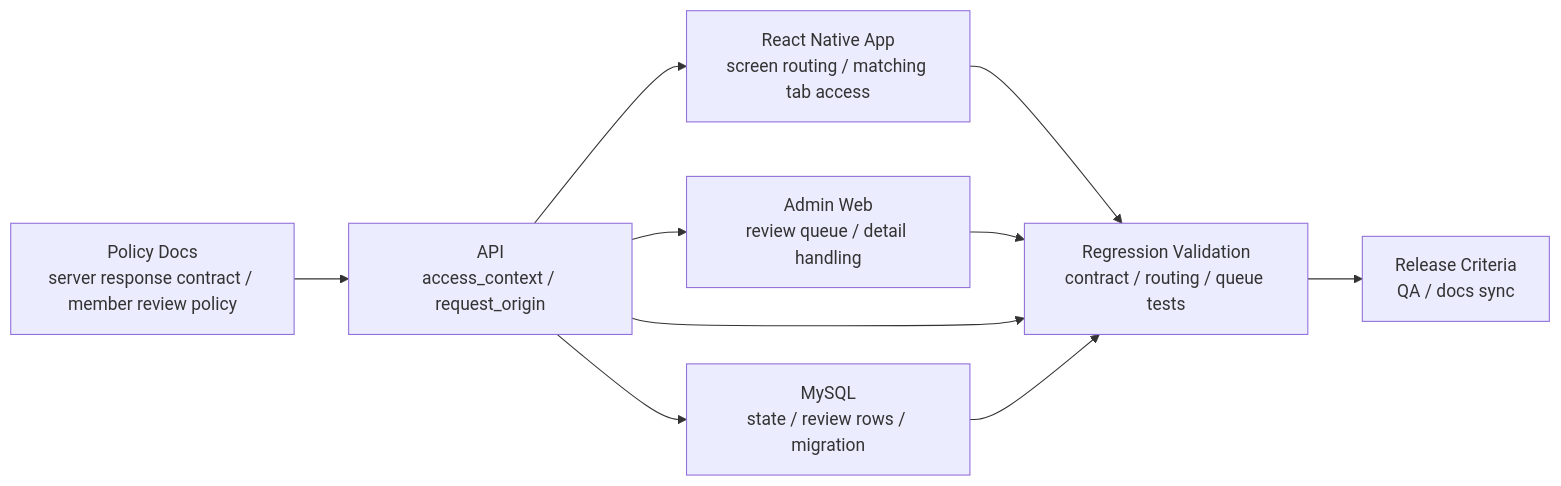
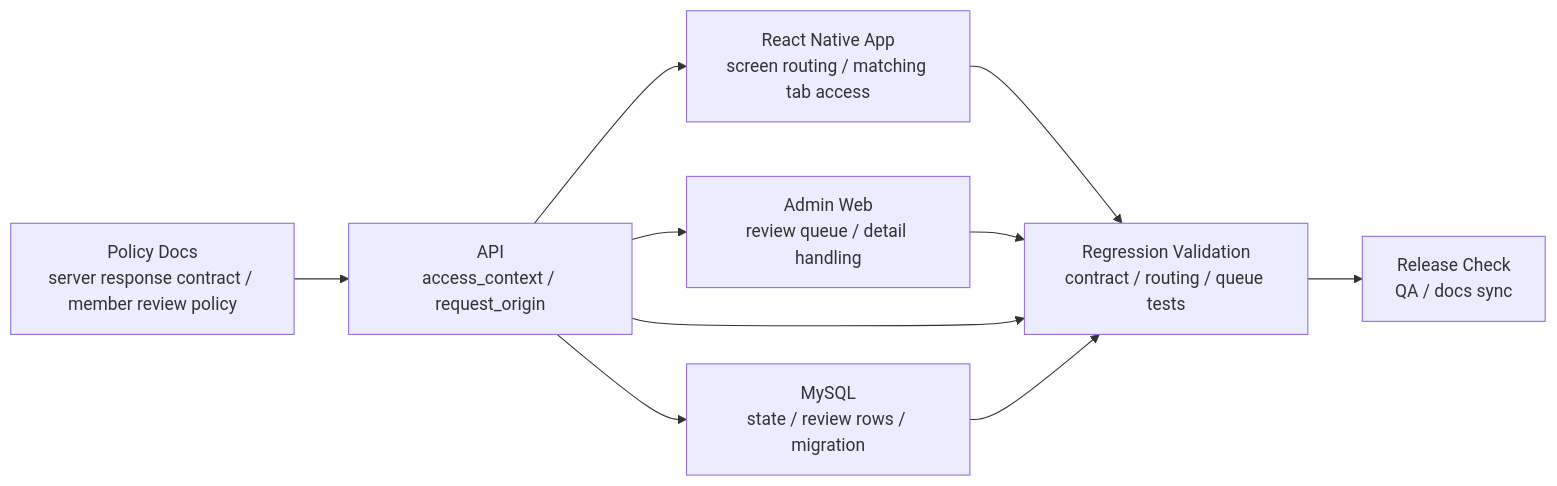
Before and after one commit to zmrdltl/portfolio: the second of 2 diagrams in docs/projects/coupler.en.md, drawn with Mermaid. The commit also changed other lines of this file and 11 other files, not shown here.

````diff
--- a/docs/projects/coupler.en.md
+++ b/docs/projects/coupler.en.md
@@ -42,20 +42,20 @@
 ```mermaid
 flowchart LR
   docs["Policy Docs\nserver response contract / member review policy"]
   api["API\naccess_context / request_origin"]
   app["React Native App\nscreen routing / matching tab access"]
   admin["Admin Web\nreview queue / detail handling"]
   db["MySQL\nstate / review rows / migration"]
   tests["Regression Validation\ncontract / routing / queue tests"]
-  release["Release Criteria\nQA / docs sync"]
+  release["Release Check\nQA / docs sync"]
 
   docs --> api
   api --> app
   api --> admin
   api --> db
   app --> tests
   admin --> tests
   api --> tests
   db --> tests
   tests --> release
 ```
````
